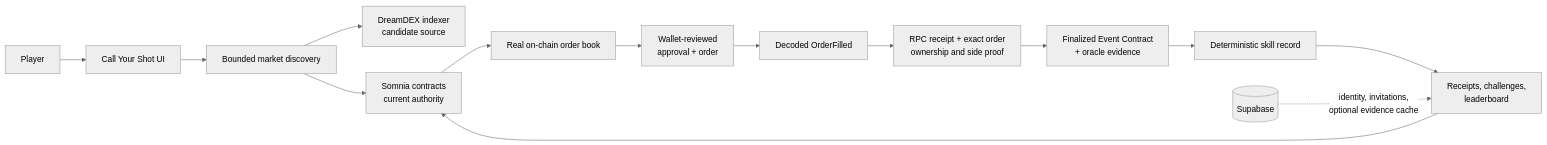
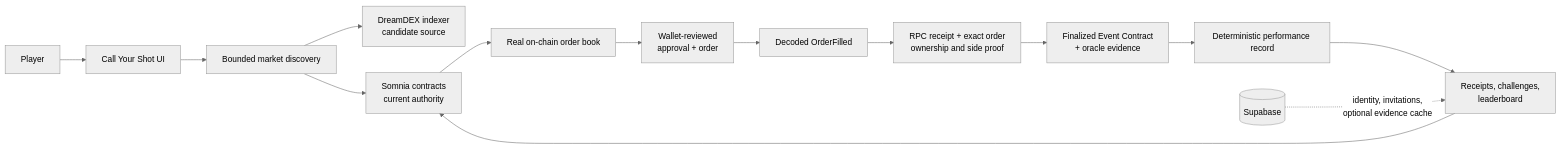
One commit to Webghost01-NG/callYourShot changed the diagram in README.md. Above: the diagram before and after it, drawn with Mermaid (neutral theme). The commit also changed other lines of this file, not shown here.

````diff
--- a/README.md
+++ b/README.md
@@ -82,16 +82,16 @@
 ```mermaid
 flowchart LR
   U[Player] --> UI[Call Your Shot UI]
   UI --> D[Bounded market discovery]
   D --> I[DreamDEX indexer<br/>candidate source]
   D --> C[Somnia contracts<br/>current authority]
   C --> B[Real on-chain order book]
   B --> W[Wallet-reviewed<br/>approval + order]
   W --> F[Decoded OrderFilled]
   F --> R[RPC receipt + exact order<br/>ownership and side proof]
   R --> S[Finalized Event Contract<br/>+ oracle evidence]
-  S --> P[Deterministic skill record]
+  S --> P[Deterministic performance record]
   P --> L[Receipts, challenges,<br/>leaderboard]
   DB[(Supabase)] -. identity, invitations,<br/>optional evidence cache .-> L
   L --> C
 ```
````
